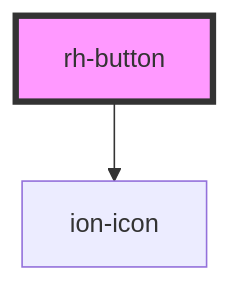
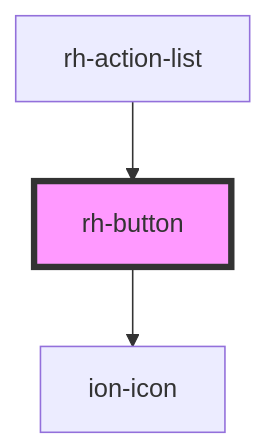
The diagram in src/components/buttons/readme.md (BrunoAST/rh-core-ui), drawn with Mermaid before and after one commit. The commit also changed other lines of this file and 7 other files, not shown here.

Commit message:
feat: create action list component

````diff
--- a/src/components/buttons/readme.md
+++ b/src/components/buttons/readme.md
@@ -33,5 +37,6 @@
 ```mermaid
 graph TD;
   rh-button --> ion-icon
+  rh-action-list --> rh-button
   style rh-button fill:#f9f,stroke:#333,stroke-width:4px
 ```
````
